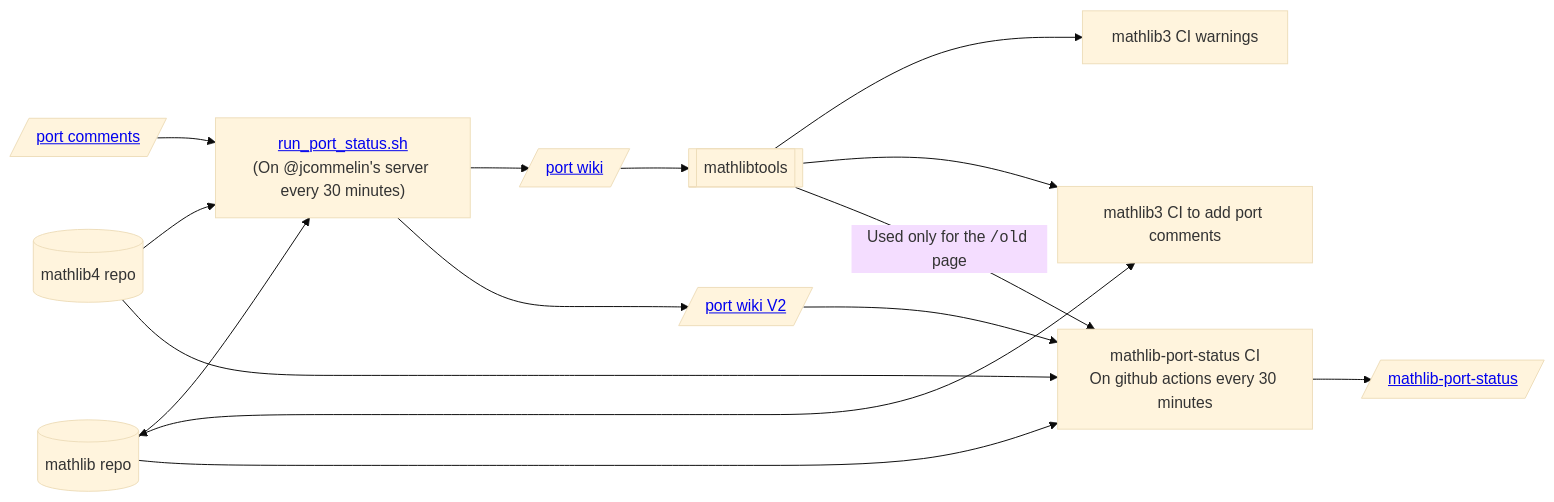
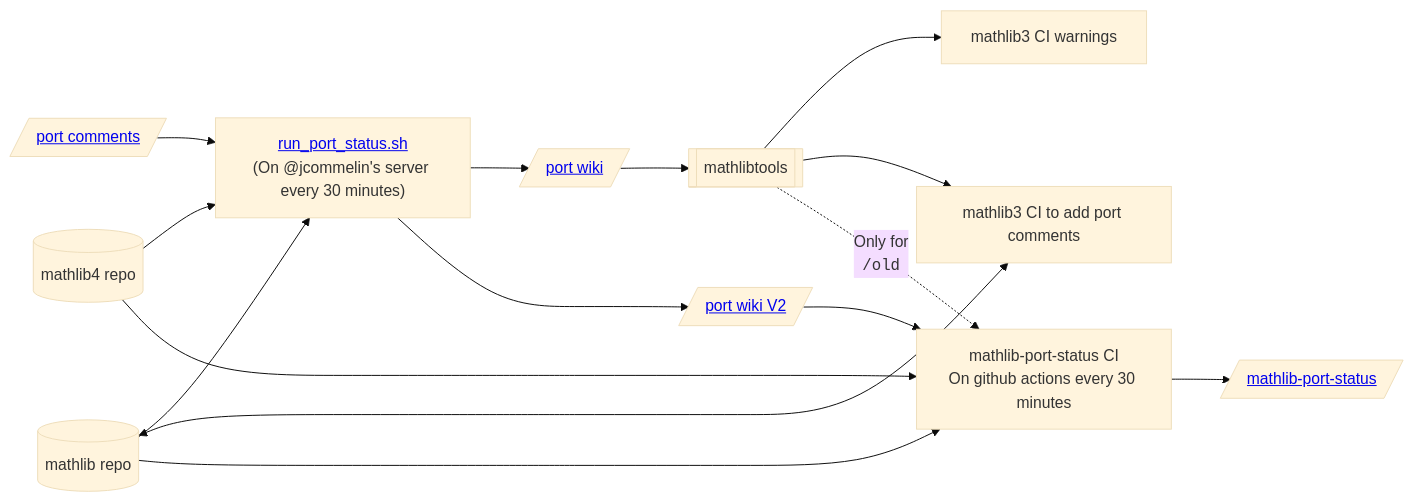
The diagram in README.md (leanprover-community/mathlib-port-status), drawn with Mermaid (base theme) before and after one commit.

Commit message:
Use a dotted line in the readme for the partial usage

````diff
--- a/README.md
+++ b/README.md
@@ -6,30 +6,30 @@
 ```mermaid
 graph LR;
     mathlib4[(mathlib4 repo)]
     mathlib3[(mathlib repo)]
     port-comments[/"<a href='https://raw.githubusercontent.com/wiki/leanprover-community/mathlib4/port-comments.md'>port comments</a>"/]
     run_port_status["<a href='https://github.com/leanprover-community/mathlib4/blob/master/scripts/run_port_status.sh'>run_port_status.sh</a><br />(On @jcommelin's server every 30 minutes)"]
     port-wiki[/"<a href='https://github.com/leanprover-community/mathlib/wiki/mathlib4-port-status'>port wiki</a>"/]
     port-wiki-yaml[/"<a href='https://github.com/leanprover-community/mathlib/wiki/mathlib4-port-status-yaml'>port wiki V2</a>"/]
     mathlibtools[[mathlibtools]]
     mathlib-port-status-ci[mathlib-port-status CI<br />On github actions every 30 minutes]
     mathlib-port-status[/"<a href='https://leanprover-community.github.io/mathlib-port-status/'>mathlib-port-status</a>"/]
     mathlib3-ci[mathlib3 CI warnings];
     mathlib3-comments[mathlib3 CI to add port comments];
     mathlib4-->run_port_status;
     port-comments-->run_port_status;
     run_port_status-->port-wiki;
     run_port_status-->port-wiki-yaml;
     port-wiki-->mathlibtools;
     mathlibtools-->mathlib3-ci;
     mathlibtools-->mathlib3-comments;
     mathlib3-->run_port_status;
 
     mathlib3 <-----> mathlib3-comments;
 
     port-wiki-yaml-->mathlib-port-status-ci;
-    mathlibtools-- "Used only for the <code>/old</code> page" -->mathlib-port-status-ci;
+    mathlibtools-.->|"Only for<br /><code>/old</code>"| mathlib-port-status-ci;
     mathlib3-->mathlib-port-status-ci;
     mathlib4-->mathlib-port-status-ci;
     mathlib-port-status-ci-->mathlib-port-status;
 ```
````
